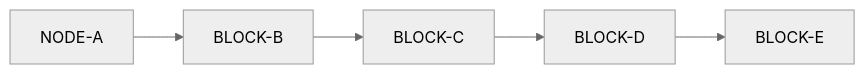
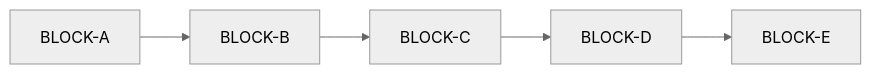
Before and after one commit to aashishgahlawat/solidityTutorials: the first of 3 diagrams in README.md, drawn with Mermaid (neutral theme). The commit also changed other lines of this file, not shown here.

````diff
--- a/README.md
+++ b/README.md
@@ -152,7 +222,7 @@
 ```mermaid
   graph LR;
-      NODE-A-->BLOCK-B;
+      BLOCK-A-->BLOCK-B;
       BLOCK-B-->BLOCK-C;
       BLOCK-C-->BLOCK-D;
       BLOCK-D-->BLOCK-E;
 ```
````
